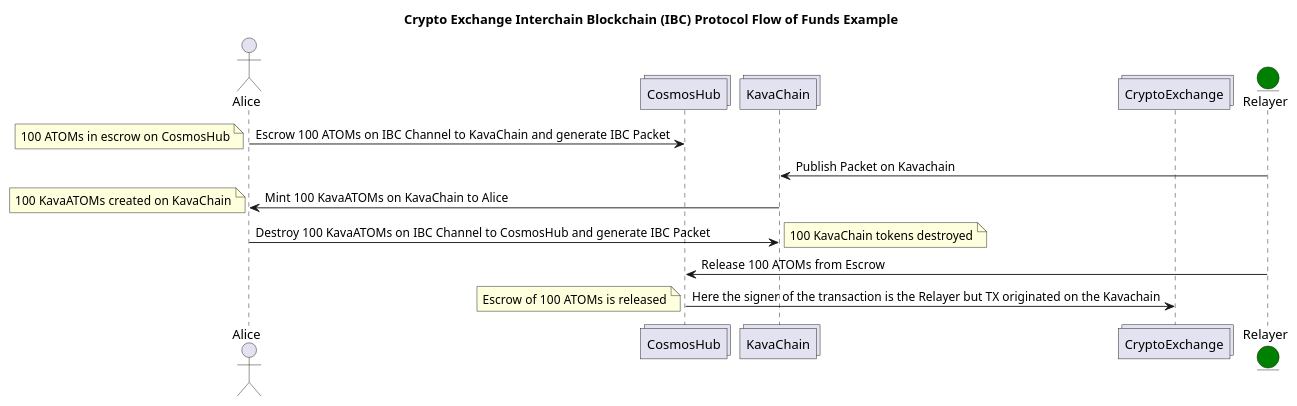
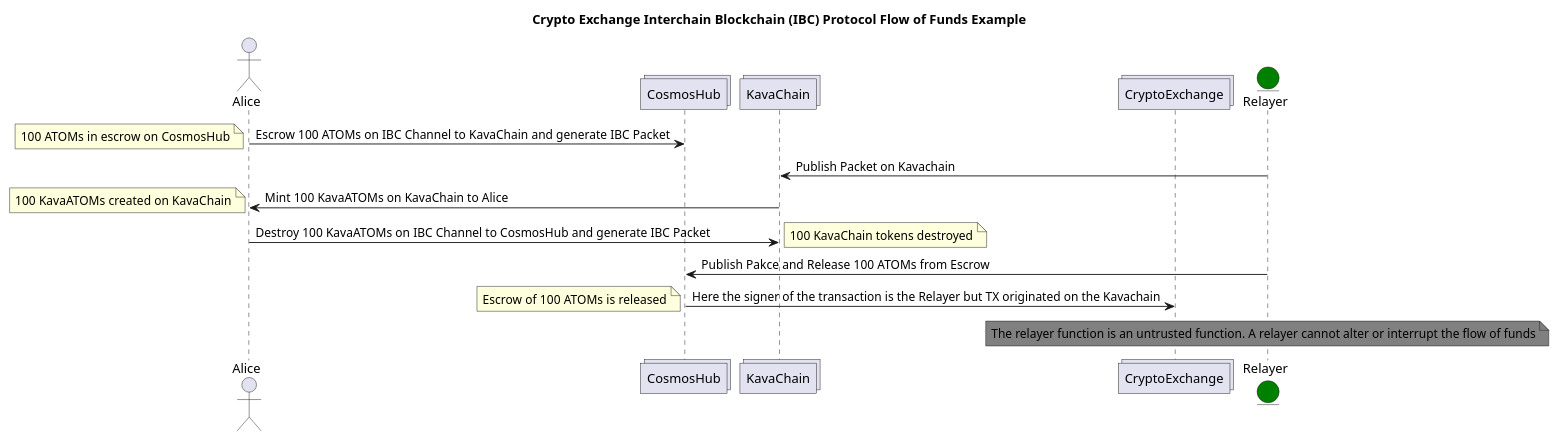
Before and after one commit to cosmos/stargate-launch: the diagram in exchange_ibc_flow_more_complex_level_0.puml, drawn with PlantUML. The commit also changed 1 other file, not shown here.

Commit message:
Flow of funds improvements

```diff
--- a/exchange_ibc_flow_more_complex_level_0.puml
+++ b/exchange_ibc_flow_more_complex_level_0.puml
@@ -1,21 +1,21 @@
 @startuml
 title Crypto Exchange Interchain Blockchain (IBC) Protocol Flow of Funds Example
 actor   Alice
 Collections CosmosHub
 Collections KavaChain
 Collections CryptoExchange
 entity Relayer #Green
 
-
 Alice -> CosmosHub : Escrow 100 ATOMs on IBC Channel to KavaChain and generate IBC Packet
 note left: 100 ATOMs in escrow on CosmosHub
 Relayer -> KavaChain : Publish Packet on Kavachain
 KavaChain -> Alice : Mint 100 KavaATOMs on KavaChain to Alice
 note left: 100 KavaATOMs created on KavaChain
 Alice -> KavaChain : Destroy 100 KavaATOMs on IBC Channel to CosmosHub and generate IBC Packet
 note right: 100 KavaChain tokens destroyed
-Relayer -> CosmosHub: Release 100 ATOMs from Escrow
+Relayer -> CosmosHub: Publish Pakce and Release 100 ATOMs from Escrow
 CosmosHub -> CryptoExchange: Here the signer of the transaction is the Relayer but TX originated on the Kavachain
 note left: Escrow of 100 ATOMs is released
+note over Relayer #grey: The relayer function is an untrusted function. A relayer cannot alter or interrupt the flow of funds
 
 @enduml
```
